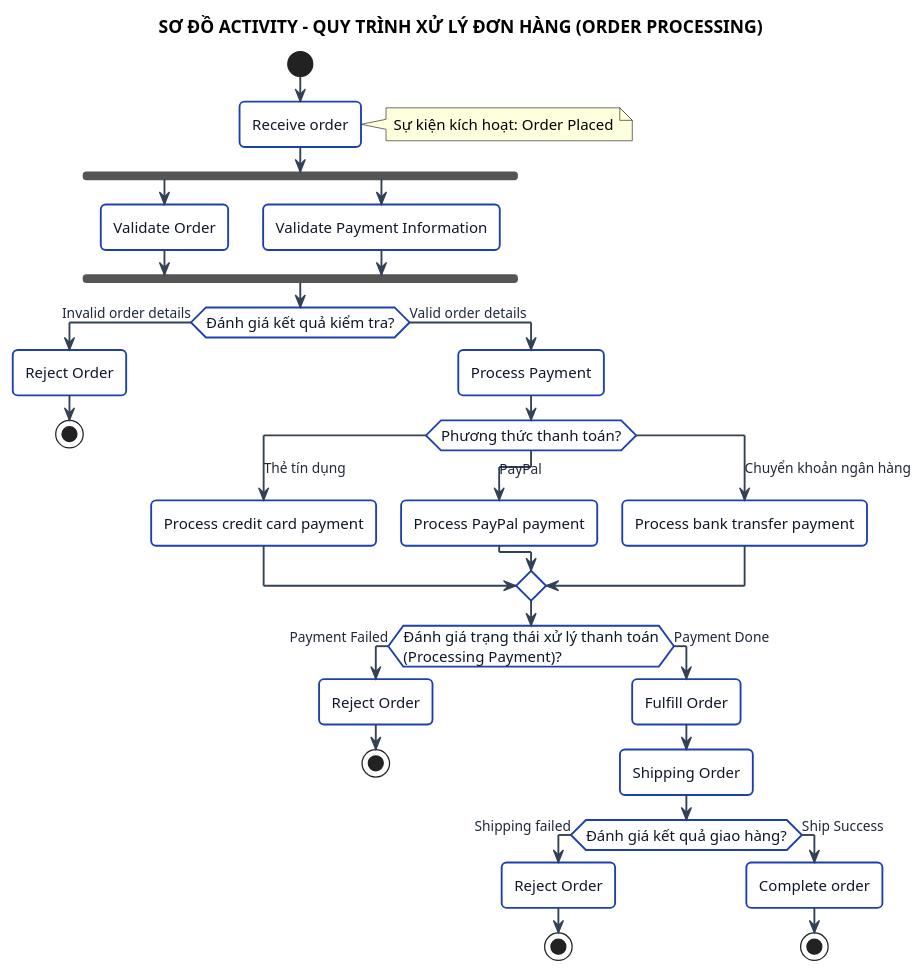
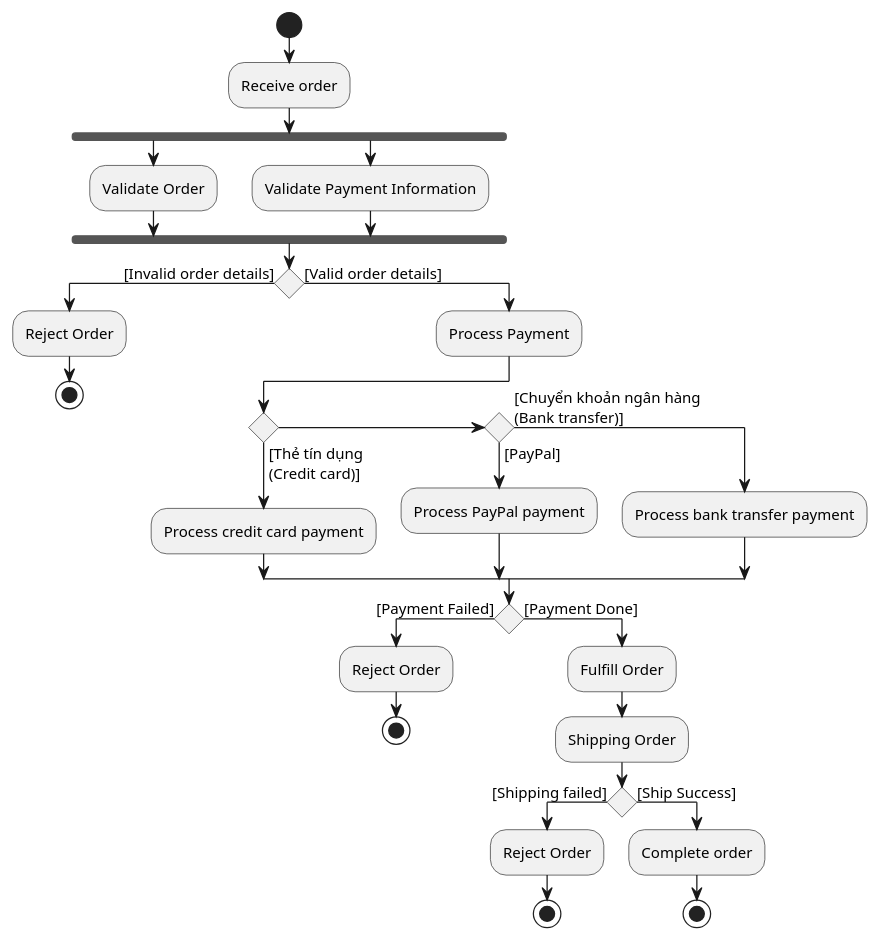
One commit to nphat-code/swe-project changed the diagram in docs/ACTIVITY_XU_LY_DON_HANG.puml. Above: the diagram before and after it, drawn with PlantUML.

Commit message:
docs: update activity diagram to monochrome with empty diamonds

```diff
--- a/docs/ACTIVITY_XU_LY_DON_HANG.puml
+++ b/docs/ACTIVITY_XU_LY_DON_HANG.puml
@@ -1,74 +1,48 @@
 @startuml
+skinparam monochrome true
+skinparam shadowing false
 skinparam defaultFontName "Arial"
 skinparam defaultFontSize 12
-skinparam shadowing false
-skinparam roundCorner 8
-
-skinparam activity {
-    BackgroundColor #FFFFFF
-    BorderColor #1E40AF
-    FontColor #0F172A
-    BorderThickness 1.5
-}
-
-skinparam diamond {
-    BackgroundColor #F8FAFC
-    BorderColor #2563EB
-    FontColor #1E293B
-}
-
-skinparam arrow {
-    Color #334155
-    FontColor #1E293B
-    FontSize 11
-}
-
-skinparam startColor #16A34A
-skinparam stopColor #DC2626
-
-title SƠ ĐỒ ACTIVITY - QUY TRÌNH XỬ LÝ ĐƠN HÀNG (ORDER PROCESSING)
 
 start
 
 :Receive order;
-note right: Sự kiện kích hoạt: Order Placed
 
 fork
     :Validate Order;
 fork again
     :Validate Payment Information;
 end fork
 
-if (Đánh giá kết quả kiểm tra?) then (Invalid order details)
+if () then ([Invalid order details])
     :Reject Order;
     stop
-else (Valid order details)
+else ([Valid order details])
     :Process Payment;
     
-    switch (Phương thức thanh toán?)
-    case (Thẻ tín dụng)
+    if () then ([Thẻ tín dụng\n(Credit card)])
         :Process credit card payment;
-    case (PayPal)
+    elseif () then ([PayPal])
         :Process PayPal payment;
-    case (Chuyển khoản ngân hàng)
+    else ([Chuyển khoản ngân hàng\n(Bank transfer)])
         :Process bank transfer payment;
-    endswitch
+    endif
     
-    if (Đánh giá trạng thái xử lý thanh toán\n(Processing Payment)?) then (Payment Failed)
+    if () then ([Payment Failed])
         :Reject Order;
         stop
-    else (Payment Done)
+    else ([Payment Done])
         :Fulfill Order;
         :Shipping Order;
         
-        if (Đánh giá kết quả giao hàng?) then (Shipping failed)
+        if () then ([Shipping failed])
             :Reject Order;
             stop
-        else (Ship Success)
+        else ([Ship Success])
             :Complete order;
             stop
         endif
     endif
 endif
 
 @enduml
```
